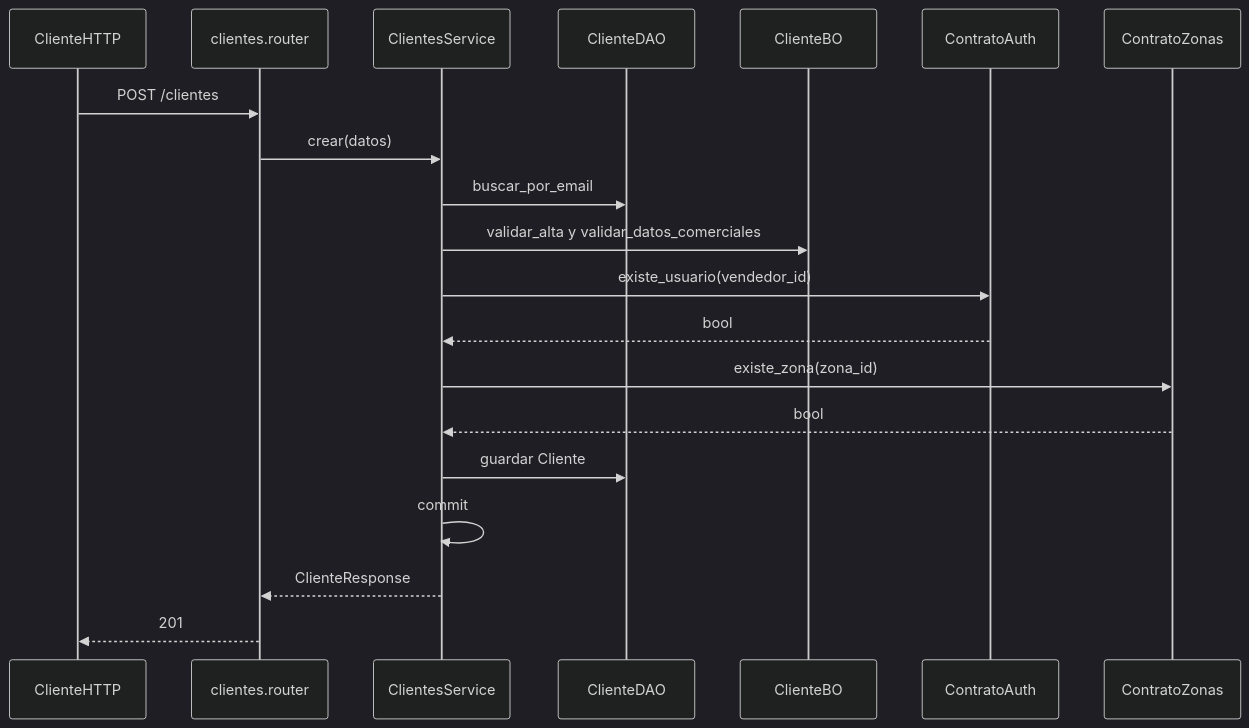
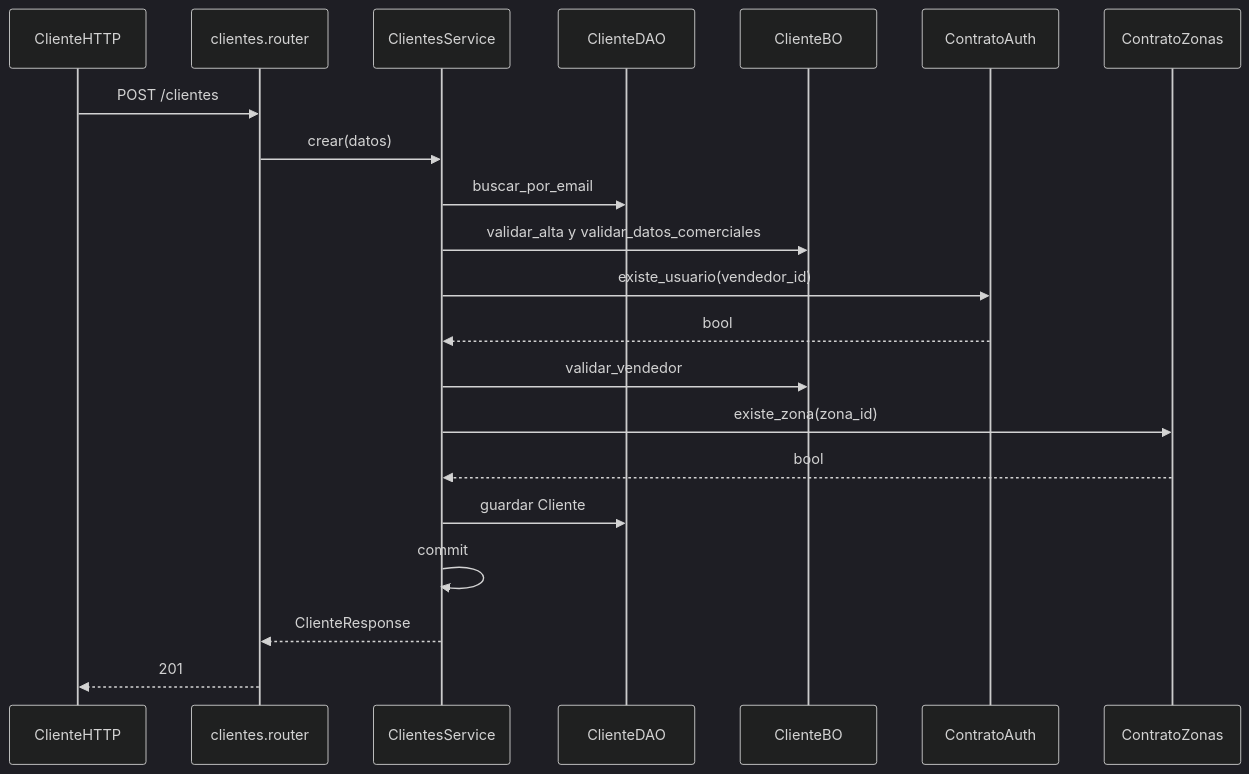
The diagram in docs/diagramas/clientes.md (estsan3/ventas360-api), drawn with Mermaid (dark theme) before and after one commit. The commit also changed other lines of this file and 21 other files, not shown here.

First line of the commit message:
docs: re-sincronizar diagramas de secuencia por módulo (2026-11-11)

````diff
--- a/docs/diagramas/clientes.md
+++ b/docs/diagramas/clientes.md
@@ -8,23 +8,24 @@
 ```mermaid
 sequenceDiagram
     participant ClienteHTTP
     participant Router as clientes.router
     participant Service as ClientesService
     participant DAO as ClienteDAO
     participant BO as ClienteBO
     participant Auth as ContratoAuth
     participant Zonas as ContratoZonas
 
     ClienteHTTP->>Router: POST /clientes
     Router->>Service: crear(datos)
     Service->>DAO: buscar_por_email
     Service->>BO: validar_alta y validar_datos_comerciales
     Service->>Auth: existe_usuario(vendedor_id)
     Auth-->>Service: bool
+    Service->>BO: validar_vendedor
     Service->>Zonas: existe_zona(zona_id)
     Zonas-->>Service: bool
     Service->>DAO: guardar Cliente
     Service->>Service: commit
     Service-->>Router: ClienteResponse
     Router-->>ClienteHTTP: 201
 ```
````
